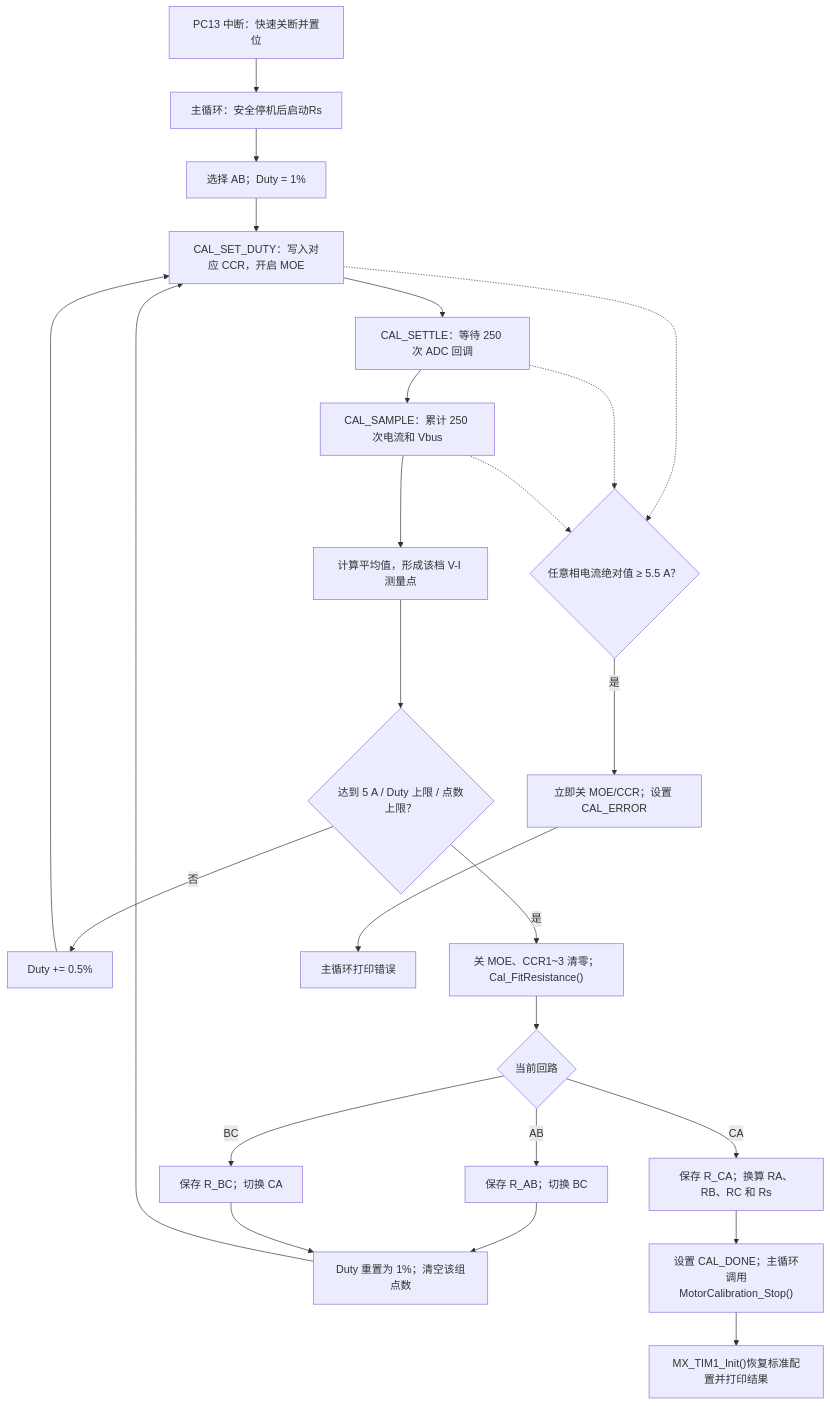
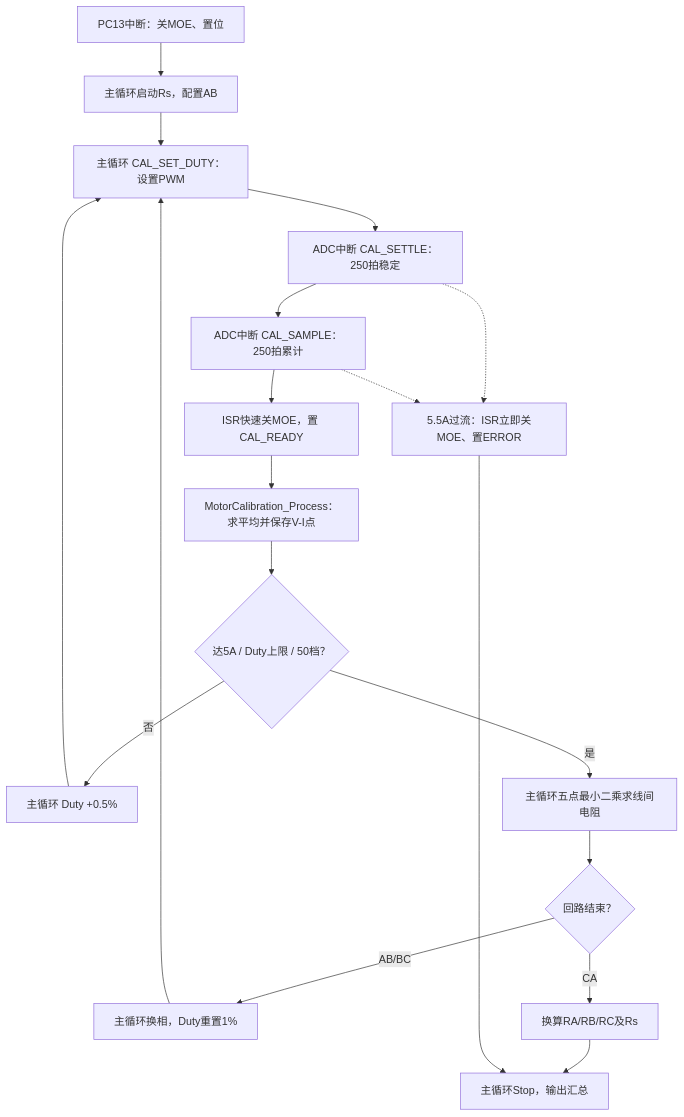
Before and after one commit to FlyFish0825/Observer_Motor: the first of 2 diagrams in docs/参数辨识.md, drawn with Mermaid. The commit also changed other lines of this file, not shown here.

````diff
--- a/docs/参数辨识.md
+++ b/docs/参数辨识.md
@@ -9,27 +10,21 @@
 ```mermaid
 flowchart TD
-    A["PC13 中断：快速关断并置位"] --> B["主循环：安全停机后启动Rs"]
-    B --> C["选择 AB；Duty = 1%"]
-    C --> D["CAL_SET_DUTY：写入对应 CCR，开启 MOE"]
-    D --> E["CAL_SETTLE：等待 250 次 ADC 回调"]
-    E --> F["CAL_SAMPLE：累计 250 次电流和 Vbus"]
-    F --> G["计算平均值，形成该档 V-I 测量点"]
-    G --> H{"达到 5 A / Duty 上限 / 点数上限？"}
-    H -->|否| I["Duty += 0.5%"]
-    I --> D
-    H -->|是| J["关 MOE、CCR1~3 清零；Cal_FitResistance()"]
-    J --> K{"当前回路"}
-    K -->|AB| L["保存 R_AB；切换 BC"]
-    K -->|BC| M["保存 R_BC；切换 CA"]
-    L --> N["Duty 重置为 1%；清空该组点数"]
-    M --> N
-    N --> D
-    K -->|CA| O["保存 R_CA；换算 RA、RB、RC 和 Rs"]
-    O --> P["设置 CAL_DONE；主循环调用MotorCalibration_Stop()"]
-    P --> Q["MX_TIM1_Init()恢复标准配置并打印结果"]
-    D -.-> X{"任意相电流绝对值 ≥ 5.5 A？"}
-    E -.-> X
-    F -.-> X
-    X -->|是| Y["立即关 MOE/CCR；设置 CAL_ERROR"]
-    Y --> Z["主循环打印错误"]
+    A["PC13中断：关MOE、置位"] --> B["主循环启动Rs，配置AB"]
+    B --> C["主循环 CAL_SET_DUTY：设置PWM"]
+    C --> D["ADC中断 CAL_SETTLE：250拍稳定"]
+    D --> E["ADC中断 CAL_SAMPLE：250拍累计"]
+    E --> F["ISR快速关MOE，置 CAL_READY"]
+    F --> G["MotorCalibration_Process：求平均并保存V-I点"]
+    G --> H{"达5A / Duty上限 / 50档？"}
+    H -->|否| I["主循环 Duty +0.5%"]
+    I --> C
+    H -->|是| J["主循环五点最小二乘求线间电阻"]
+    J --> K{"回路结束？"}
+    K -->|AB/BC| L["主循环换相，Duty重置1%"]
+    L --> C
+    K -->|CA| M["换算RA/RB/RC及Rs"]
+    M --> N["主循环Stop，输出汇总"]
+    D -.-> P["5.5A过流：ISR立即关MOE、置ERROR"]
+    E -.-> P
+    P --> N
 ```
````
